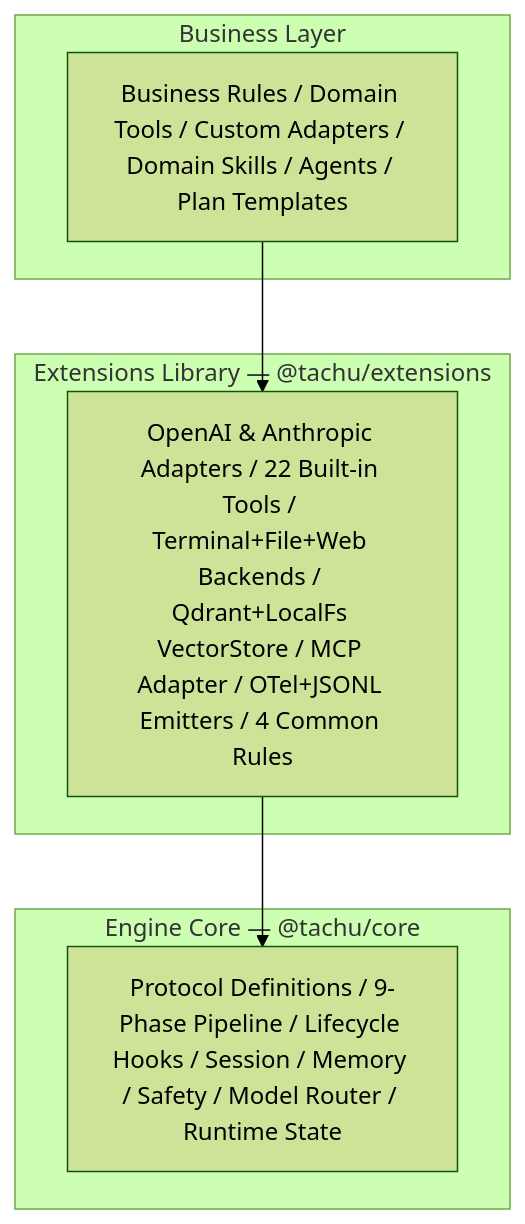
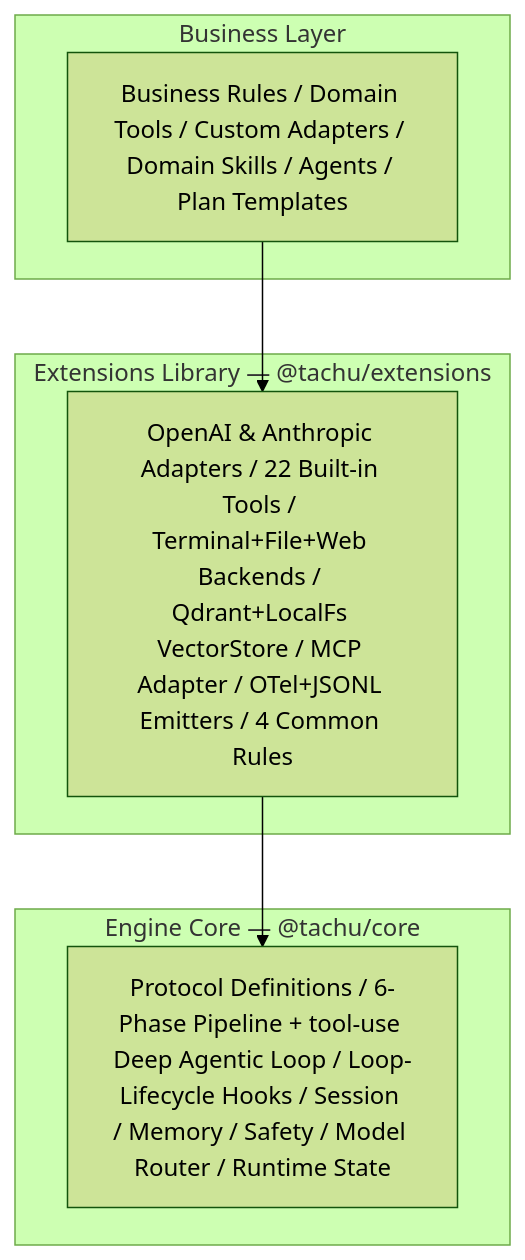
One commit to dangaogit/tachu changed the first of 7 diagrams in docs/architecture/pipeline-phases.md. Above: the diagram before and after it, drawn with Mermaid (forest theme). The commit also changed other lines of this file and 103 other files, not shown here.

````diff
--- a/docs/architecture/pipeline-phases.md
+++ b/docs/architecture/pipeline-phases.md
@@ -9,14 +9,14 @@
 ```mermaid
 graph TD
     subgraph "Business Layer"
         A[Business Rules / Domain Tools / Custom Adapters / Domain Skills / Agents / Plan Templates]
     end
     subgraph "Extensions Library — @tachu/extensions"
         B[OpenAI & Anthropic Adapters / 22 Built-in Tools / Terminal+File+Web Backends / Qdrant+LocalFs VectorStore / MCP Adapter / OTel+JSONL Emitters / 4 Common Rules]
     end
     subgraph "Engine Core — @tachu/core"
-        C[Protocol Definitions / 9-Phase Pipeline / Lifecycle Hooks / Session / Memory / Safety / Model Router / Runtime State]
+        C[Protocol Definitions / 6-Phase Pipeline + tool-use Deep Agentic Loop / Loop-Lifecycle Hooks / Session / Memory / Safety / Model Router / Runtime State]
     end
     A --> B
     B --> C
 ```
````
